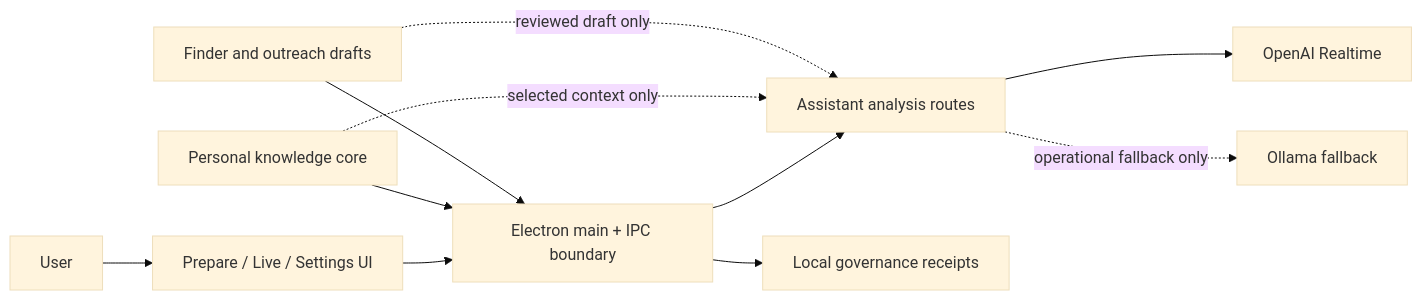
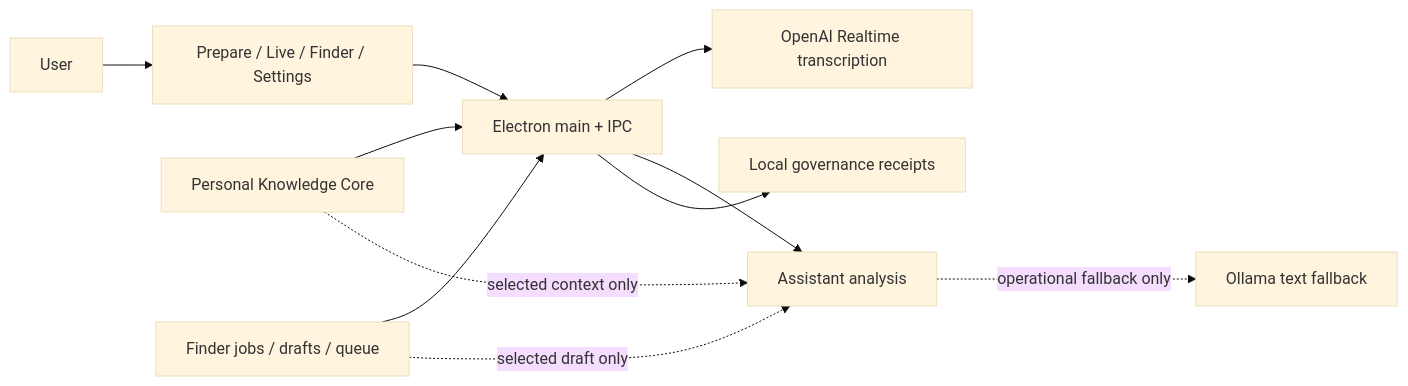
Before and after one commit to markoblogo/CoqPi: the diagram in README.md, drawn with Mermaid (base theme). The commit also changed other lines of this file and 26 other files, not shown here.

````diff
--- a/README.md
+++ b/README.md
@@ -16,23 +79,23 @@
 ```mermaid
 flowchart LR
   U["User"]
-  P["Prepare / Live / Settings UI"]
-  E["Electron main + IPC boundary"]
-  A["Assistant analysis routes"]
-  R["OpenAI Realtime"]
-  O["Ollama fallback"]
-  K["Personal knowledge core"]
-  F["Finder and outreach drafts"]
-  G["Local governance receipts"]
+  UI["Prepare / Live / Finder / Settings"]
+  IPC["Electron main + IPC"]
+  RT["OpenAI Realtime transcription"]
+  AS["Assistant analysis"]
+  OL["Ollama text fallback"]
+  PK["Personal Knowledge Core"]
+  FD["Finder jobs / drafts / queue"]
+  GOV["Local governance receipts"]
 
-  U --> P
-  P --> E
-  E --> A
-  A --> R
-  A -. "operational fallback only" .-> O
-  K --> E
-  F --> E
-  E --> G
-  K -. "selected context only" .-> A
-  F -. "reviewed draft only" .-> A
+  U --> UI
+  UI --> IPC
+  IPC --> RT
+  IPC --> AS
+  AS -. "operational fallback only" .-> OL
+  PK --> IPC
+  FD --> IPC
+  IPC --> GOV
+  PK -. "selected context only" .-> AS
+  FD -. "selected draft only" .-> AS
 ```
````
